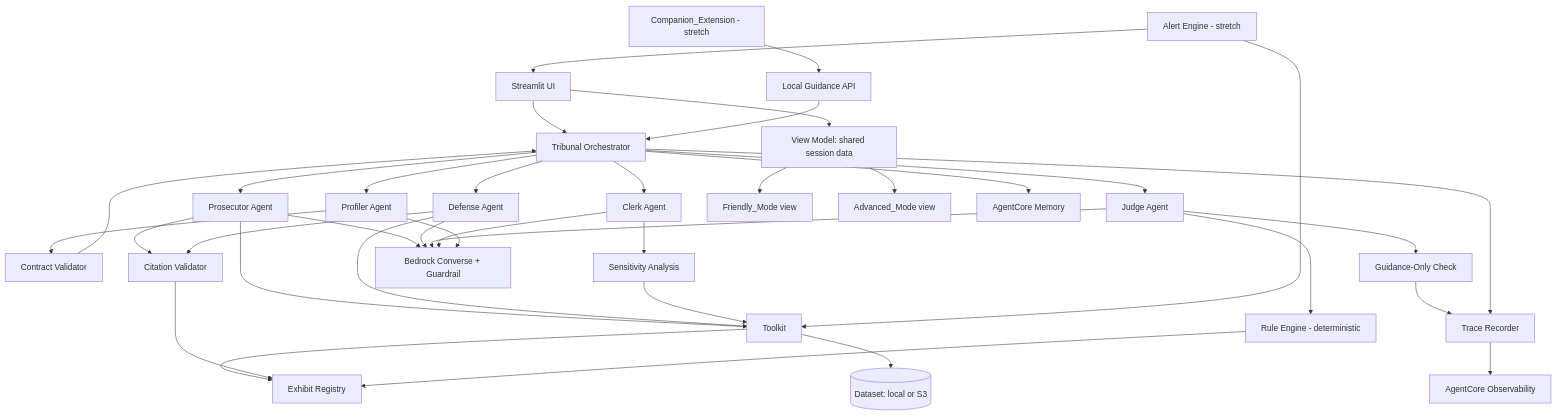
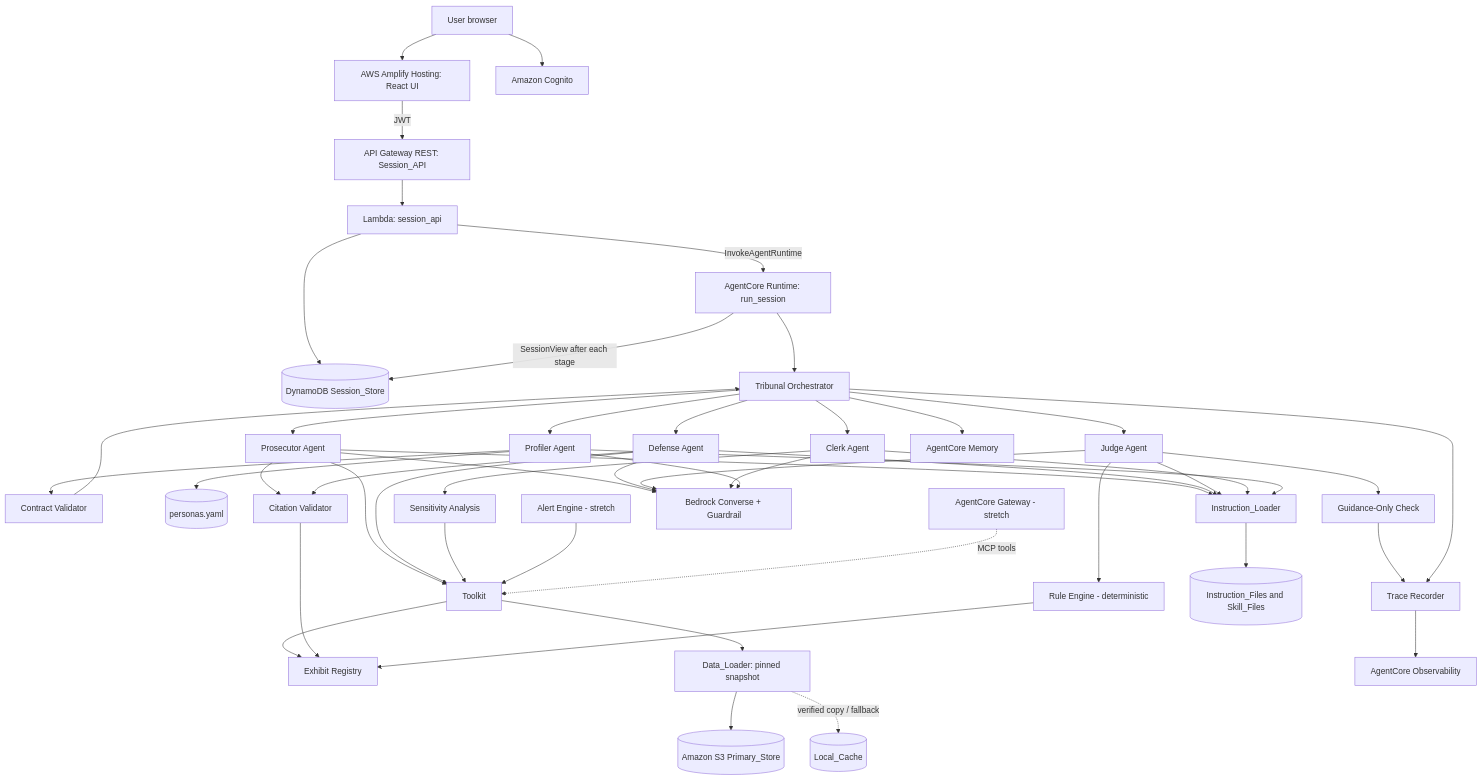
Before and after one commit to hediamara1208-commits/Agent52: the first of 4 diagrams in .kiro/specs/agentic-investment-guide/design.md, drawn with Mermaid. The commit also changed other lines of this file and 15 other files, not shown here.

Commit message:
Update spec: AWS-first architecture, Amplify UI, tolerant personas, agent instructions; add .gitignore

````diff
--- a/.kiro/specs/agentic-investment-guide/design.md
+++ b/.kiro/specs/agentic-investment-guide/design.md
@@ -34,39 +114,50 @@
 ```mermaid
 flowchart TD
-    UI[Streamlit UI] --> ORCH[Tribunal Orchestrator]
+    USER[User browser] --> AMP[AWS Amplify Hosting: React UI]
+    USER --> COG[Amazon Cognito]
+    AMP -->|JWT| APIGW[API Gateway REST: Session_API]
+    APIGW --> LAM[Lambda: session_api]
+    LAM --> DDB[(DynamoDB Session_Store)]
+    LAM -->|InvokeAgentRuntime| RT[AgentCore Runtime: run_session]
+    RT --> ORCH[Tribunal Orchestrator]
+    RT -->|SessionView after each stage| DDB
     ORCH --> PROF[Profiler Agent]
     PROF --> SCHEMA[Contract Validator]
     SCHEMA --> ORCH
     ORCH --> PROS[Prosecutor Agent]
     ORCH --> DEF[Defense Agent]
     PROS --> TK[Toolkit]
     DEF --> TK
     TK --> REG[Exhibit Registry]
-    TK --> DATA[(Dataset: local or S3)]
+    TK --> DL[Data_Loader: pinned snapshot]
+    DL --> S3[(Amazon S3 Primary_Store)]
+    DL -. verified copy / fallback .-> CACHE[(Local_Cache)]
+    PROF --> PF[(personas.yaml)]
     PROS --> CV[Citation Validator]
     DEF --> CV
     CV --> REG
     ORCH --> JUDGE[Judge Agent]
     JUDGE --> RULES[Rule Engine - deterministic]
     RULES --> REG
     ORCH --> CLERK[Clerk Agent]
     CLERK --> SENS[Sensitivity Analysis]
     SENS --> TK
     JUDGE --> GOC[Guidance-Only Check]
     GOC --> TRACE
-    UI --> VM[View Model: shared session data]
-    VM --> FM[Friendly_Mode view]
-    VM --> AM[Advanced_Mode view]
-    EXT[Companion_Extension - stretch] --> API[Local Guidance API]
-    API --> ORCH
+    PROS --> IL[Instruction_Loader]
+    DEF --> IL
+    JUDGE --> IL
+    CLERK --> IL
+    PROF --> IL
+    IL --> IF[(Instruction_Files and Skill_Files)]
     ALERT[Alert Engine - stretch] --> TK
-    ALERT --> UI
     ORCH --> TRACE[Trace Recorder]
     TRACE --> OBS[AgentCore Observability]
     ORCH --> MEM[AgentCore Memory]
     PROS --> BR[Bedrock Converse + Guardrail]
     DEF --> BR
     JUDGE --> BR
     CLERK --> BR
     PROF --> BR
+    GW[AgentCore Gateway - stretch] -. MCP tools .-> TK
 ```
````
